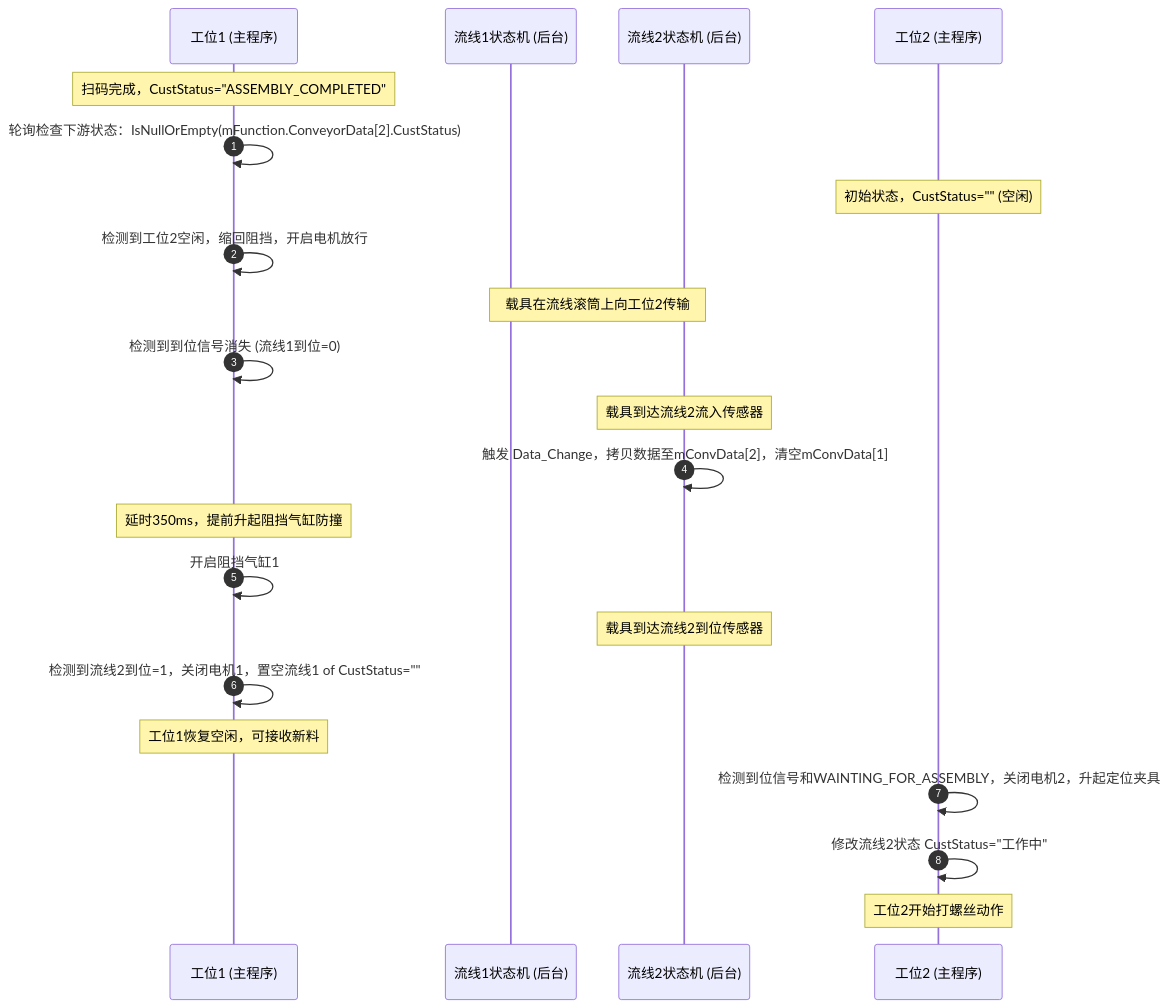
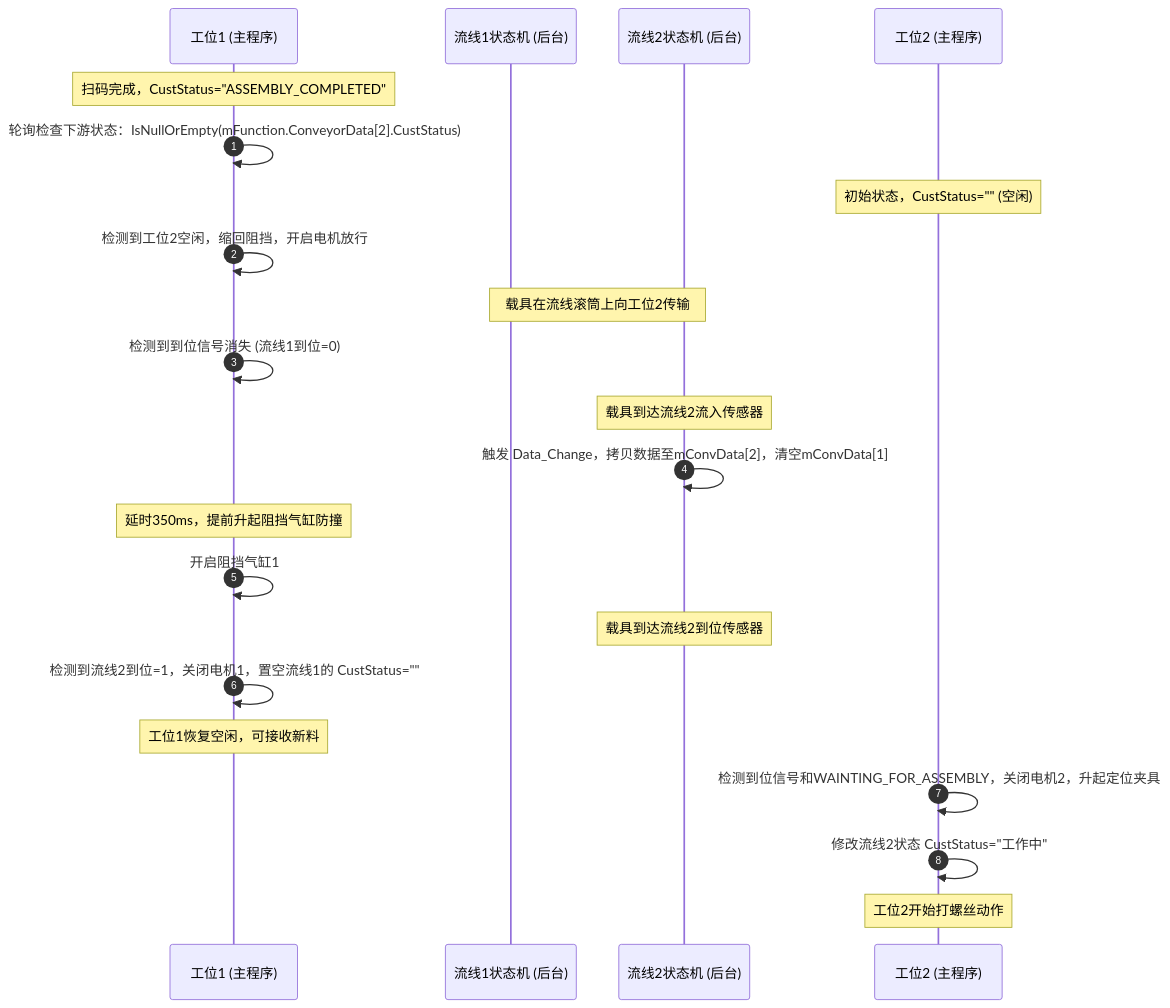
The first of 2 diagrams in _posts/2026-06-06-framework-detailed-guide.md (Meteor-Comet/Meteor-Comet.github.io), drawn with Mermaid before and after one commit. The commit also changed other lines of this file, not shown here.

````diff
--- a/_posts/2026-06-06-framework-detailed-guide.md
+++ b/_posts/2026-06-06-framework-detailed-guide.md
@@ -575,25 +575,25 @@
 ```mermaid
 sequenceDiagram
     autonumber
     participant Station1 as 工位1 (主程序)
     participant Conv1 as 流线1状态机 (后台)
     participant Conv2 as 流线2状态机 (后台)
     participant Station2 as 工位2 (主程序)
 
     Note over Station1: 扫码完成，CustStatus="ASSEMBLY_COMPLETED"
     Station1->>Station1: 轮询检查下游状态：IsNullOrEmpty(mFunction.ConveyorData[2].CustStatus)
     Note over Station2: 初始状态，CustStatus="" (空闲)
     Station1->>Station1: 检测到工位2空闲，缩回阻挡，开启电机放行
     Note over Conv1, Conv2: 载具在流线滚筒上向工位2传输
     Station1->>Station1: 检测到到位信号消失 (流线1到位=0)
     Note over Conv2: 载具到达流线2流入传感器
     Conv2->>Conv2: 触发 Data_Change，拷贝数据至mConvData[2]，清空mConvData[1]
     Note over Station1: 延时350ms，提前升起阻挡气缸防撞
     Station1->>Station1: 开启阻挡气缸1
     Note over Conv2: 载具到达流线2到位传感器
-    Station1->>Station1: 检测到流线2到位=1，关闭电机1，置空流线1 of CustStatus=""
+    Station1->>Station1: 检测到流线2到位=1，关闭电机1，置空流线1的 CustStatus=""
     Note over Station1: 工位1恢复空闲，可接收新料
     Station2->>Station2: 检测到位信号和WAINTING_FOR_ASSEMBLY，关闭电机2，升起定位夹具
     Station2->>Station2: 修改流线2状态 CustStatus="工作中"
     Note over Station2: 工位2开始打螺丝动作
 ```
````
